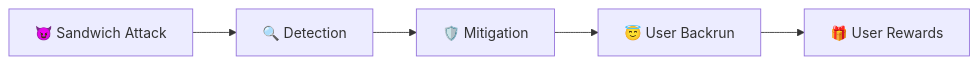
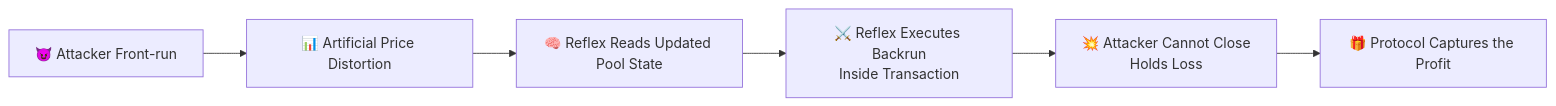
The sixth of 6 diagrams in website/docs/architecture.md (reflex-mev/reflex), drawn with Mermaid before and after one commit. The commit also changed other lines of this file and 9 other files, not shown here.

````diff
--- a/website/docs/architecture.md
+++ b/website/docs/architecture.md
@@ -144,7 +234,8 @@
 ```mermaid
 graph LR
-    BadMEV[😈 Sandwich Attack] --> Detection[🔍 Detection]
-    Detection --> Mitigation[🛡️ Mitigation]
-    Mitigation --> GoodMEV[😇 User Backrun]
-    GoodMEV --> Reward[🎁 User Rewards]
+    A[😈 Attacker Front-run] --> B[📊 Artificial Price Distortion]
+    B --> C[🧠 Reflex Reads Updated Pool State]
+    C --> D[⚔️ Reflex Executes Backrun<br/>Inside Transaction]
+    D --> E[💥 Attacker Cannot Close<br/>Holds Loss]
+    E --> F[🎁 Protocol Captures the Profit]
 ```
````
